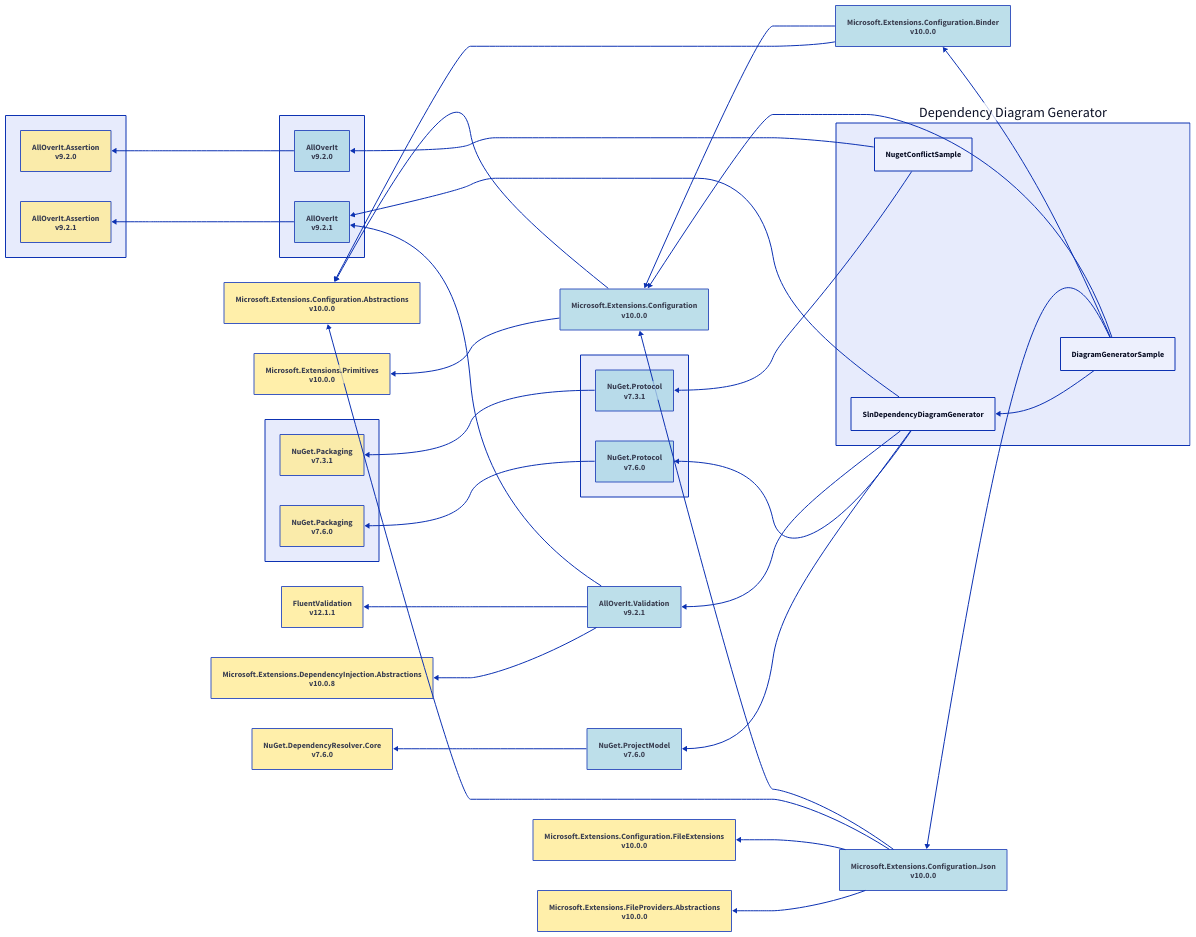
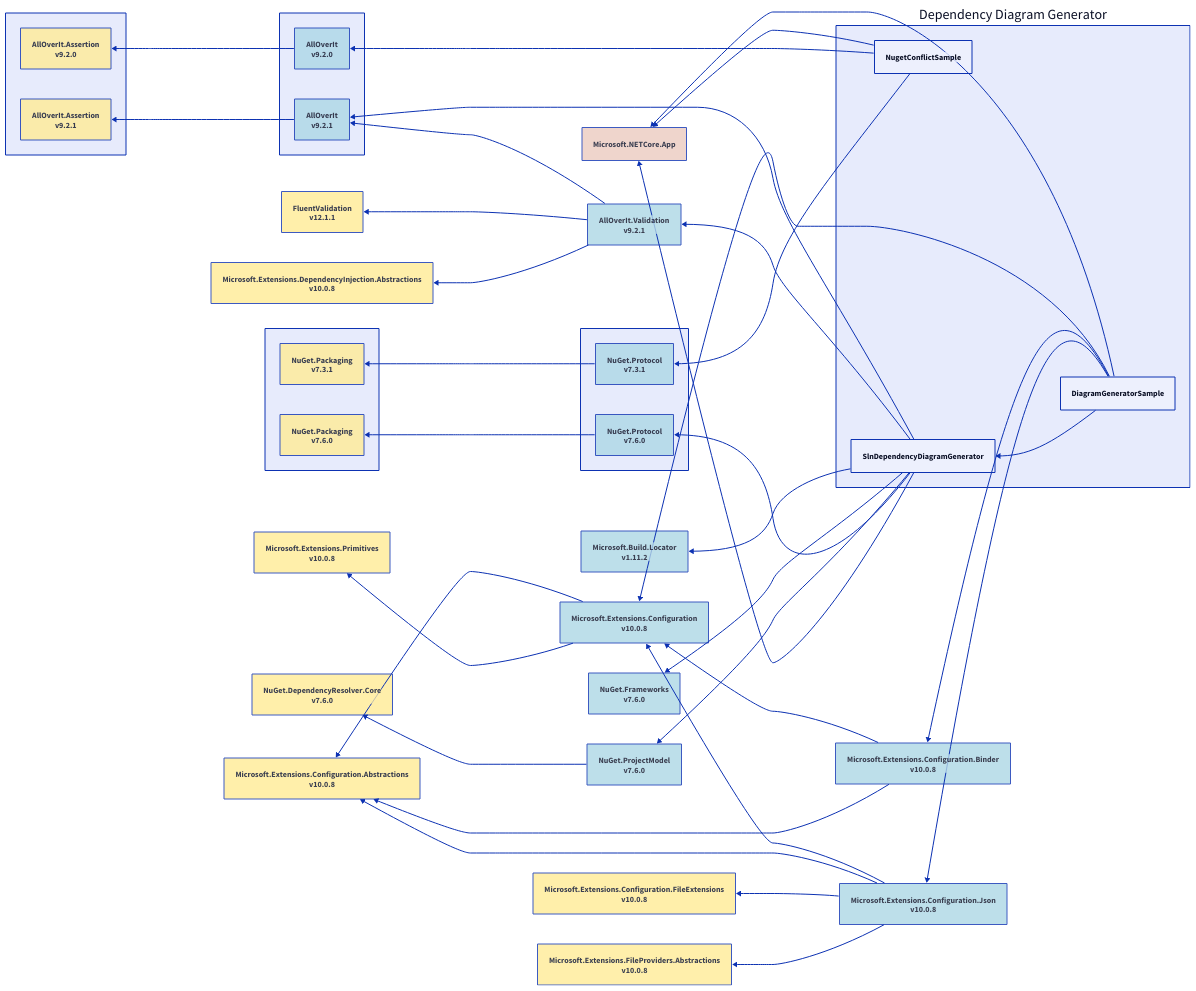
The diagram in Samples/Output/net10.0/d2/dependency diagram generator-all.d2 (mjfreelancing/SlnDependencyDiagramGenerator), drawn with D2 before and after one commit. The commit also changed other lines of this file and 101 other files, not shown here.

```diff
--- a/Samples/Output/net10.0/d2/dependency diagram generator-all.d2
+++ b/Samples/Output/net10.0/d2/dependency diagram generator-all.d2
@@ -1,106 +1,120 @@
 direction: left
 
 ddg: Dependency Diagram Generator
 alloverit-group: ""
 alloverit-assertion-group: ""
 nuget-protocol-group: ""
 nuget-packaging-group: ""
 ddg.diagramgeneratorsample: DiagramGeneratorSample
-microsoft-extensions-configuration_10-0-0: Microsoft.Extensions.Configuration\nv10.0.0
-microsoft-extensions-configuration-abstractions_10-0-0: Microsoft.Extensions.Configuration.Abstractions\nv10.0.0
-microsoft-extensions-primitives_10-0-0: Microsoft.Extensions.Primitives\nv10.0.0
-microsoft-extensions-configuration-binder_10-0-0: Microsoft.Extensions.Configuration.Binder\nv10.0.0
-microsoft-extensions-configuration-json_10-0-0: Microsoft.Extensions.Configuration.Json\nv10.0.0
-microsoft-extensions-configuration-fileextensions_10-0-0: Microsoft.Extensions.Configuration.FileExtensions\nv10.0.0
-microsoft-extensions-fileproviders-abstractions_10-0-0: Microsoft.Extensions.FileProviders.Abstractions\nv10.0.0
+microsoft-netcore-app: Microsoft.NETCore.App
+microsoft-extensions-configuration_10-0-8: Microsoft.Extensions.Configuration\nv10.0.8
+microsoft-extensions-configuration-abstractions_10-0-8: Microsoft.Extensions.Configuration.Abstractions\nv10.0.8
+microsoft-extensions-primitives_10-0-8: Microsoft.Extensions.Primitives\nv10.0.8
+microsoft-extensions-configuration-binder_10-0-8: Microsoft.Extensions.Configuration.Binder\nv10.0.8
+microsoft-extensions-configuration-json_10-0-8: Microsoft.Extensions.Configuration.Json\nv10.0.8
+microsoft-extensions-configuration-fileextensions_10-0-8: Microsoft.Extensions.Configuration.FileExtensions\nv10.0.8
+microsoft-extensions-fileproviders-abstractions_10-0-8: Microsoft.Extensions.FileProviders.Abstractions\nv10.0.8
 ddg.slndependencydiagramgenerator: SlnDependencyDiagramGenerator
 alloverit-group.alloverit_9-2-1: AllOverIt\nv9.2.1
 alloverit-assertion-group.alloverit-assertion_9-2-1: AllOverIt.Assertion\nv9.2.1
 alloverit-validation_9-2-1: AllOverIt.Validation\nv9.2.1
 fluentvalidation_12-1-1: FluentValidation\nv12.1.1
 microsoft-extensions-dependencyinjection-abstractions_10-0-8: Microsoft.Extensions.DependencyInjection.Abstractions\nv10.0.8
+microsoft-build-locator_1-11-2: Microsoft.Build.Locator\nv1.11.2
+nuget-frameworks_7-6-0: NuGet.Frameworks\nv7.6.0
 nuget-projectmodel_7-6-0: NuGet.ProjectModel\nv7.6.0
 nuget-dependencyresolver-core_7-6-0: NuGet.DependencyResolver.Core\nv7.6.0
 nuget-protocol-group.nuget-protocol_7-6-0: NuGet.Protocol\nv7.6.0
 nuget-packaging-group.nuget-packaging_7-6-0: NuGet.Packaging\nv7.6.0
 ddg.nugetconflictsample: NugetConflictSample
 alloverit-group.alloverit_9-2-0: AllOverIt\nv9.2.0
 alloverit-assertion-group.alloverit-assertion_9-2-0: AllOverIt.Assertion\nv9.2.0
 nuget-protocol-group.nuget-protocol_7-3-1: NuGet.Protocol\nv7.3.1
 nuget-packaging-group.nuget-packaging_7-3-1: NuGet.Packaging\nv7.3.1
-microsoft-extensions-configuration_10-0-0 <- ddg.diagramgeneratorsample
-microsoft-extensions-configuration-abstractions_10-0-0 <- microsoft-extensions-configuration_10-0-0
-microsoft-extensions-primitives_10-0-0 <- microsoft-extensions-configuration_10-0-0
-microsoft-extensions-configuration-binder_10-0-0 <- ddg.diagramgeneratorsample
-microsoft-extensions-configuration_10-0-0 <- microsoft-extensions-configuration-binder_10-0-0
-microsoft-extensions-configuration-abstractions_10-0-0 <- microsoft-extensions-configuration-binder_10-0-0
-microsoft-extensions-configuration-json_10-0-0 <- ddg.diagramgeneratorsample
-microsoft-extensions-configuration_10-0-0 <- microsoft-extensions-configuration-json_10-0-0
-microsoft-extensions-configuration-abstractions_10-0-0 <- microsoft-extensions-configuration-json_10-0-0
-microsoft-extensions-configuration-fileextensions_10-0-0 <- microsoft-extensions-configuration-json_10-0-0
-microsoft-extensions-fileproviders-abstractions_10-0-0 <- microsoft-extensions-configuration-json_10-0-0
+microsoft-netcore-app <- ddg.diagramgeneratorsample
+microsoft-extensions-configuration_10-0-8 <- ddg.diagramgeneratorsample
+microsoft-extensions-configuration-abstractions_10-0-8 <- microsoft-extensions-configuration_10-0-8
+microsoft-extensions-primitives_10-0-8 <- microsoft-extensions-configuration_10-0-8
+microsoft-extensions-configuration-binder_10-0-8 <- ddg.diagramgeneratorsample
+microsoft-extensions-configuration_10-0-8 <- microsoft-extensions-configuration-binder_10-0-8
+microsoft-extensions-configuration-abstractions_10-0-8 <- microsoft-extensions-configuration-binder_10-0-8
+microsoft-extensions-configuration-json_10-0-8 <- ddg.diagramgeneratorsample
+microsoft-extensions-configuration_10-0-8 <- microsoft-extensions-configuration-json_10-0-8
+microsoft-extensions-configuration-abstractions_10-0-8 <- microsoft-extensions-configuration-json_10-0-8
+microsoft-extensions-configuration-fileextensions_10-0-8 <- microsoft-extensions-configuration-json_10-0-8
+microsoft-extensions-fileproviders-abstractions_10-0-8 <- microsoft-extensions-configuration-json_10-0-8
 ddg.slndependencydiagramgenerator <- ddg.diagramgeneratorsample
 alloverit-group.alloverit_9-2-1 <- ddg.slndependencydiagramgenerator
 alloverit-assertion-group.alloverit-assertion_9-2-1 <- alloverit-group.alloverit_9-2-1
 alloverit-validation_9-2-1 <- ddg.slndependencydiagramgenerator
 alloverit-group.alloverit_9-2-1 <- alloverit-validation_9-2-1
 fluentvalidation_12-1-1 <- alloverit-validation_9-2-1
 microsoft-extensions-dependencyinjection-abstractions_10-0-8 <- alloverit-validation_9-2-1
+microsoft-build-locator_1-11-2 <- ddg.slndependencydiagramgenerator
+nuget-frameworks_7-6-0 <- ddg.slndependencydiagramgenerator
 nuget-projectmodel_7-6-0 <- ddg.slndependencydiagramgenerator
 nuget-dependencyresolver-core_7-6-0 <- nuget-projectmodel_7-6-0
 nuget-protocol-group.nuget-protocol_7-6-0 <- ddg.slndependencydiagramgenerator
 nuget-packaging-group.nuget-packaging_7-6-0 <- nuget-protocol-group.nuget-protocol_7-6-0
+microsoft-netcore-app <- ddg.slndependencydiagramgenerator
+microsoft-netcore-app <- ddg.nugetconflictsample
 alloverit-group.alloverit_9-2-0 <- ddg.nugetconflictsample
 alloverit-assertion-group.alloverit-assertion_9-2-0 <- alloverit-group.alloverit_9-2-0
 nuget-protocol-group.nuget-protocol_7-3-1 <- ddg.nugetconflictsample
 nuget-packaging-group.nuget-packaging_7-3-1 <- nuget-protocol-group.nuget-protocol_7-3-1
-microsoft-extensions-configuration_10-0-0.style.fill: "#ADD8E6"
-microsoft-extensions-configuration_10-0-0.style.opacity: 0.8
-microsoft-extensions-configuration-abstractions_10-0-0.style.fill: "#FFEC96"
-microsoft-extensions-configuration-abstractions_10-0-0.style.opacity: 0.8
-microsoft-extensions-primitives_10-0-0.style.fill: "#FFEC96"
-microsoft-extensions-primitives_10-0-0.style.opacity: 0.8
-microsoft-extensions-configuration-binder_10-0-0.style.fill: "#ADD8E6"
-microsoft-extensions-configuration-binder_10-0-0.style.opacity: 0.8
-microsoft-extensions-configuration-json_10-0-0.style.fill: "#ADD8E6"
-microsoft-extensions-configuration-json_10-0-0.style.opacity: 0.8
-microsoft-extensions-configuration-fileextensions_10-0-0.style.fill: "#FFEC96"
-microsoft-extensions-configuration-fileextensions_10-0-0.style.opacity: 0.8
-microsoft-extensions-fileproviders-abstractions_10-0-0.style.fill: "#FFEC96"
-microsoft-extensions-fileproviders-abstractions_10-0-0.style.opacity: 0.8
+microsoft-netcore-app.style.fill: "#ECCBC0"
+microsoft-netcore-app.style.opacity: 0.8
+microsoft-extensions-configuration_10-0-8.style.fill: "#ADD8E6"
+microsoft-extensions-configuration_10-0-8.style.opacity: 0.8
+microsoft-extensions-configuration-abstractions_10-0-8.style.fill: "#FFEC96"
+microsoft-extensions-configuration-abstractions_10-0-8.style.opacity: 0.8
+microsoft-extensions-primitives_10-0-8.style.fill: "#FFEC96"
+microsoft-extensions-primitives_10-0-8.style.opacity: 0.8
+microsoft-extensions-configuration-binder_10-0-8.style.fill: "#ADD8E6"
+microsoft-extensions-configuration-binder_10-0-8.style.opacity: 0.8
+microsoft-extensions-configuration-json_10-0-8.style.fill: "#ADD8E6"
+microsoft-extensions-configuration-json_10-0-8.style.opacity: 0.8
+microsoft-extensions-configuration-fileextensions_10-0-8.style.fill: "#FFEC96"
+microsoft-extensions-configuration-fileextensions_10-0-8.style.opacity: 0.8
+microsoft-extensions-fileproviders-abstractions_10-0-8.style.fill: "#FFEC96"
+microsoft-extensions-fileproviders-abstractions_10-0-8.style.opacity: 0.8
 alloverit-group.alloverit_9-2-1.style.fill: "#ADD8E6"
 alloverit-group.alloverit_9-2-1.style.opacity: 0.8
 alloverit-assertion-group.alloverit-assertion_9-2-1.style.fill: "#FFEC96"
 alloverit-assertion-group.alloverit-assertion_9-2-1.style.opacity: 0.8
 alloverit-validation_9-2-1.style.fill: "#ADD8E6"
 alloverit-validation_9-2-1.style.opacity: 0.8
 fluentvalidation_12-1-1.style.fill: "#FFEC96"
 fluentvalidation_12-1-1.style.opacity: 0.8
 microsoft-extensions-dependencyinjection-abstractions_10-0-8.style.fill: "#FFEC96"
 microsoft-extensions-dependencyinjection-abstractions_10-0-8.style.opacity: 0.8
+microsoft-build-locator_1-11-2.style.fill: "#ADD8E6"
+microsoft-build-locator_1-11-2.style.opacity: 0.8
+nuget-frameworks_7-6-0.style.fill: "#ADD8E6"
+nuget-frameworks_7-6-0.style.opacity: 0.8
 nuget-projectmodel_7-6-0.style.fill: "#ADD8E6"
 nuget-projectmodel_7-6-0.style.opacity: 0.8
 nuget-dependencyresolver-core_7-6-0.style.fill: "#FFEC96"
 nuget-dependencyresolver-core_7-6-0.style.opacity: 0.8
 nuget-protocol-group.nuget-protocol_7-6-0.style.fill: "#ADD8E6"
 nuget-protocol-group.nuget-protocol_7-6-0.style.opacity: 0.8
 nuget-packaging-group.nuget-packaging_7-6-0.style.fill: "#FFEC96"
 nuget-packaging-group.nuget-packaging_7-6-0.style.opacity: 0.8
 alloverit-group.alloverit_9-2-0.style.fill: "#ADD8E6"
 alloverit-group.alloverit_9-2-0.style.opacity: 0.8
 alloverit-assertion-group.alloverit-assertion_9-2-0.style.fill: "#FFEC96"
 alloverit-assertion-group.alloverit-assertion_9-2-0.style.opacity: 0.8
 nuget-protocol-group.nuget-protocol_7-3-1.style.fill: "#ADD8E6"
 nuget-protocol-group.nuget-protocol_7-3-1.style.opacity: 0.8
 nuget-packaging-group.nuget-packaging_7-3-1.style.fill: "#FFEC96"
 nuget-packaging-group.nuget-packaging_7-3-1.style.opacity: 0.8
 ddg.style.fill: "#E7EBFC"
 ddg.style.opacity: 1
 alloverit-group.style.fill: "#E7EBFC"
 alloverit-group.style.opacity: 1
 alloverit-assertion-group.style.fill: "#E7EBFC"
 alloverit-assertion-group.style.opacity: 1
 nuget-protocol-group.style.fill: "#E7EBFC"
 nuget-protocol-group.style.opacity: 1
 nuget-packaging-group.style.fill: "#E7EBFC"
 nuget-packaging-group.style.opacity: 1
```
